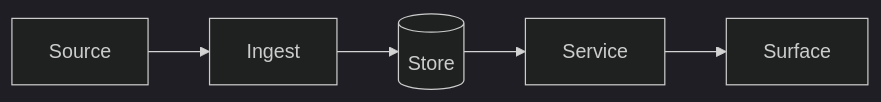
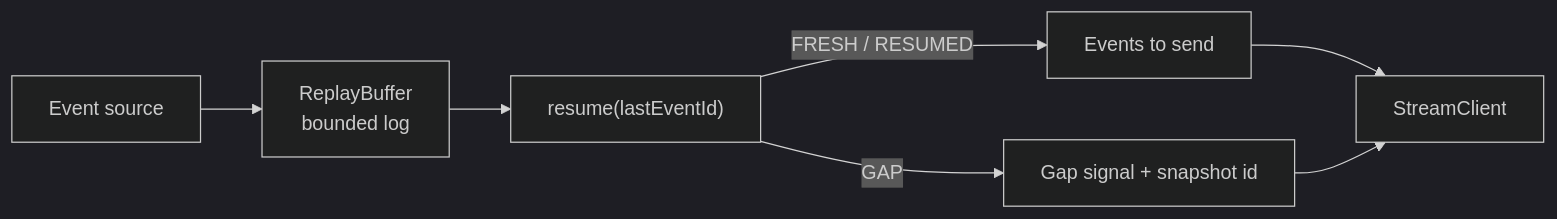
One commit to SlateGitOrg/resumable changed the diagram in docs/ARCHITECTURE.md. Above: the diagram before and after it, drawn with Mermaid (dark theme). The commit also changed other lines of this file and 5 other files, not shown here.

Commit message:
docs: rewrite README and architecture notes, remove attribution and template text

````diff
--- a/docs/ARCHITECTURE.md
+++ b/docs/ARCHITECTURE.md
@@ -15,7 +9,9 @@
 ```mermaid
 flowchart LR
-  A[Source] --> B[Ingest]
-  B --> C[(Store)]
-  C --> D[Service]
-  D --> E[Surface]
+  A["Event source"] --> B["ReplayBuffer<br/>bounded log"]
+  B --> C["resume(lastEventId)"]
+  C -->|"FRESH / RESUMED"| D["Events to send"]
+  C -->|"GAP"| E["Gap signal + snapshot id"]
+  D --> F["StreamClient"]
+  E --> F
 ```
````
